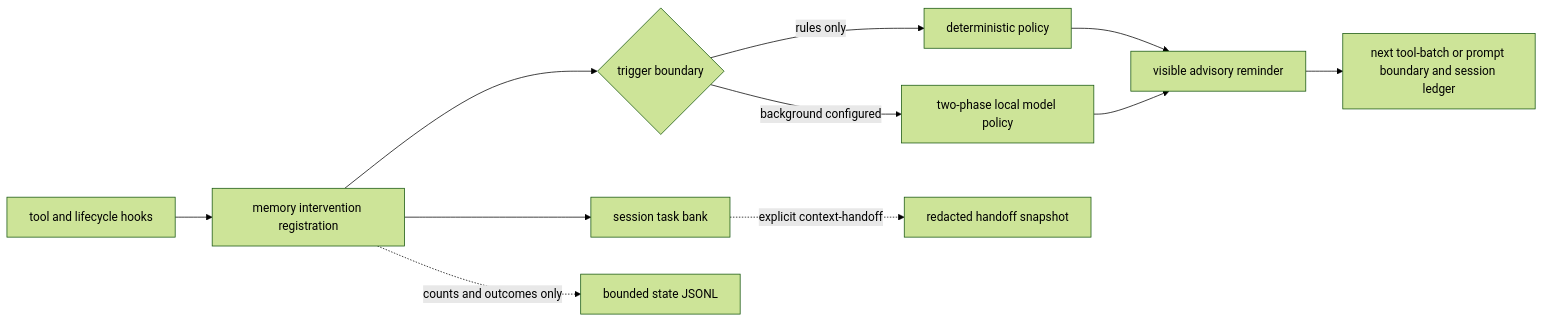
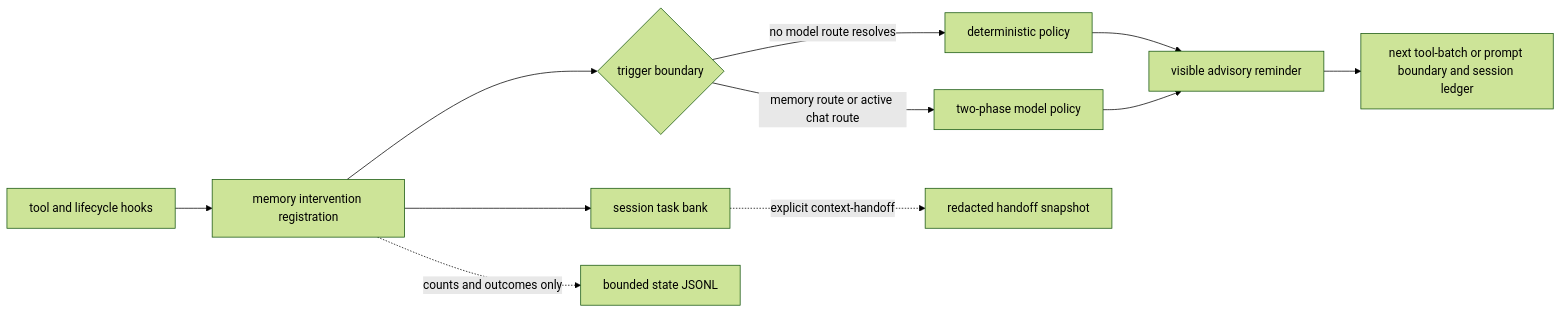
Before and after one commit to iowarp/clio-coder: the diagram in docs/guide/proactive-memory.md, drawn with Mermaid (forest theme). The commit also changed other lines of this file and 4 other files, not shown here.

First line of the commit message:
docs(memory): run the memory tier on the chat route when no memory route is set

````diff
--- a/docs/guide/proactive-memory.md
+++ b/docs/guide/proactive-memory.md
@@ -34,13 +38,13 @@
 ```mermaid
 flowchart LR
   T[tool and lifecycle hooks] --> R[memory intervention registration]
   R --> B[session task bank]
   R --> D{trigger boundary}
-  D -->|rules only| S[deterministic policy]
-  D -->|background configured| L[two-phase local model policy]
+  D -->|no model route resolves| S[deterministic policy]
+  D -->|memory route or active chat route| L[two-phase model policy]
   S --> V[visible advisory reminder]
   L --> V
   V --> U[next tool-batch or prompt boundary and session ledger]
   R -. counts and outcomes only .-> J[bounded state JSONL]
   B -. explicit context-handoff .-> H[redacted handoff snapshot]
 ```
````
